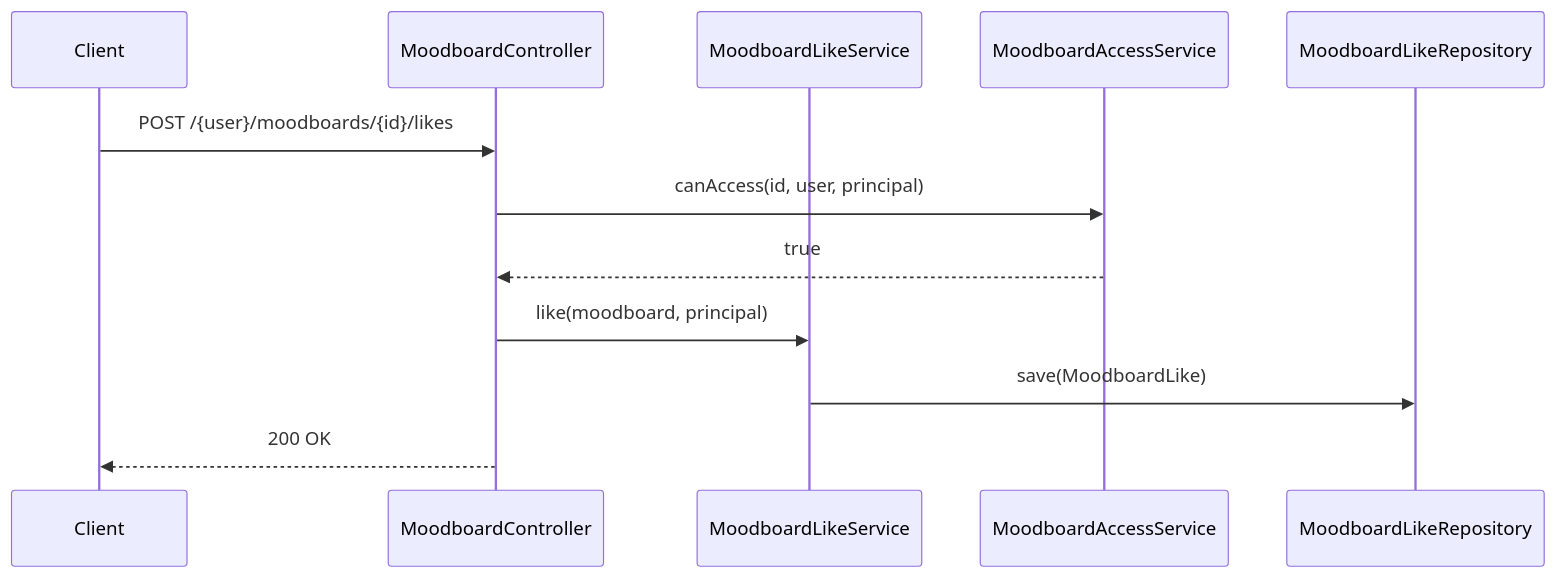
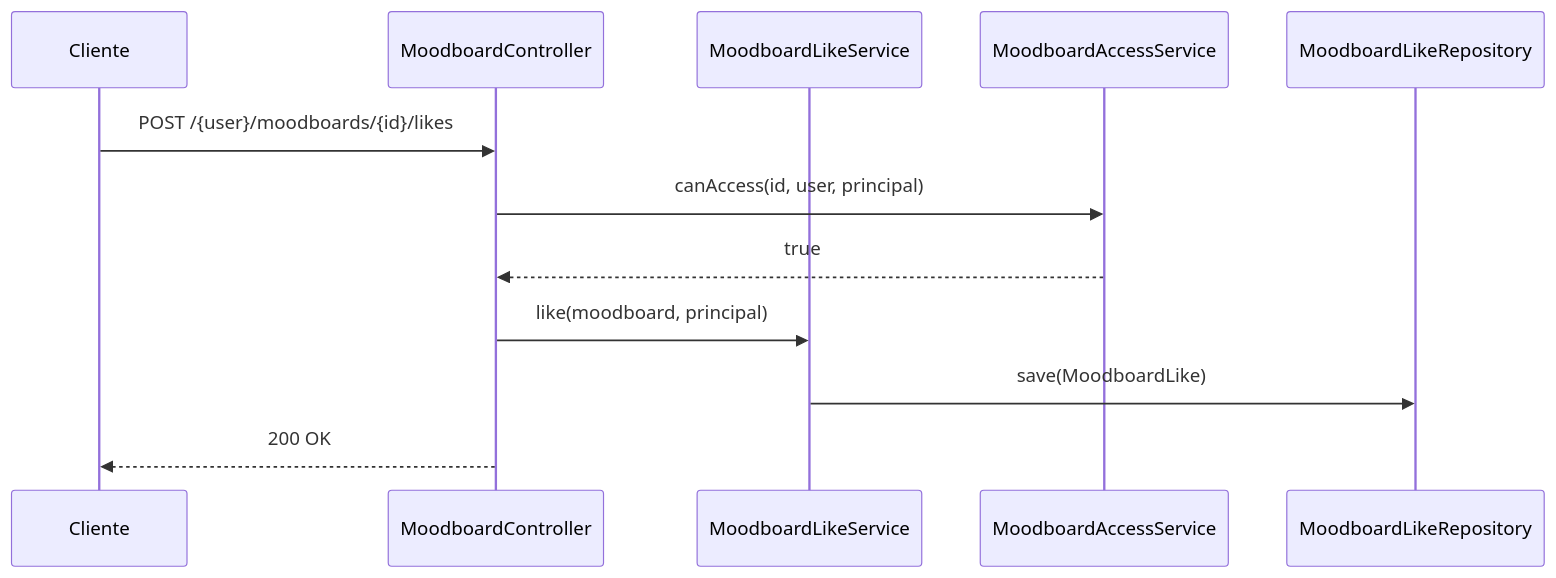
The third of 3 diagrams in docs/diagrams.md (tomasrobino/emotion-diary-server), drawn with Mermaid before and after one commit. The commit also changed other lines of this file, not shown here.

````diff
--- a/docs/diagrams.md
+++ b/docs/diagrams.md
@@ -351,15 +351,15 @@
 ```mermaid
 sequenceDiagram
-    participant Client
+    participant Cliente
     participant MoodboardController
     participant MoodboardLikeService
     participant MoodboardAccessService
     participant MoodboardLikeRepository
 
-    Client->>MoodboardController: POST /{user}/moodboards/{id}/likes
+    Cliente->>MoodboardController: POST /{user}/moodboards/{id}/likes
     MoodboardController->>MoodboardAccessService: canAccess(id, user, principal)
     MoodboardAccessService-->>MoodboardController: true
     MoodboardController->>MoodboardLikeService: like(moodboard, principal)
     MoodboardLikeService->>MoodboardLikeRepository: save(MoodboardLike)
-    MoodboardController-->>Client: 200 OK
+    MoodboardController-->>Cliente: 200 OK
 ```
````
